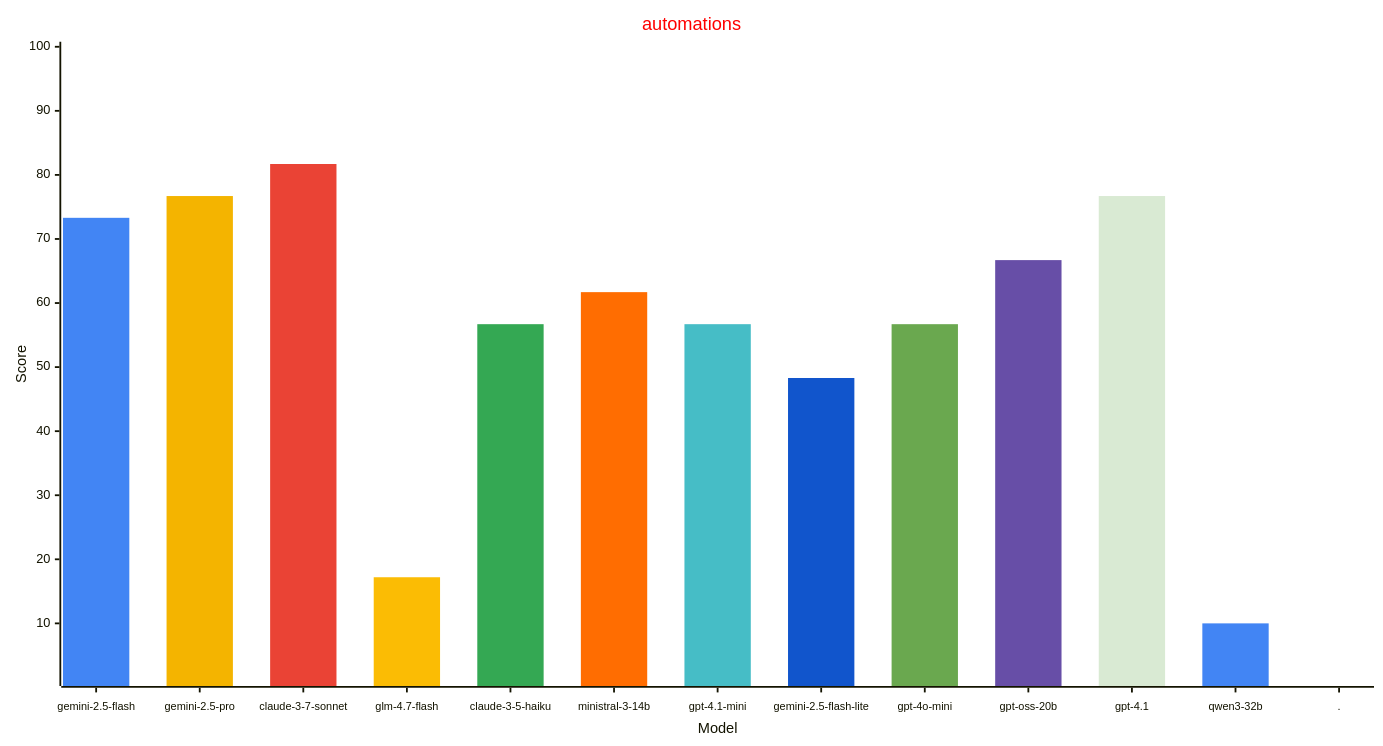
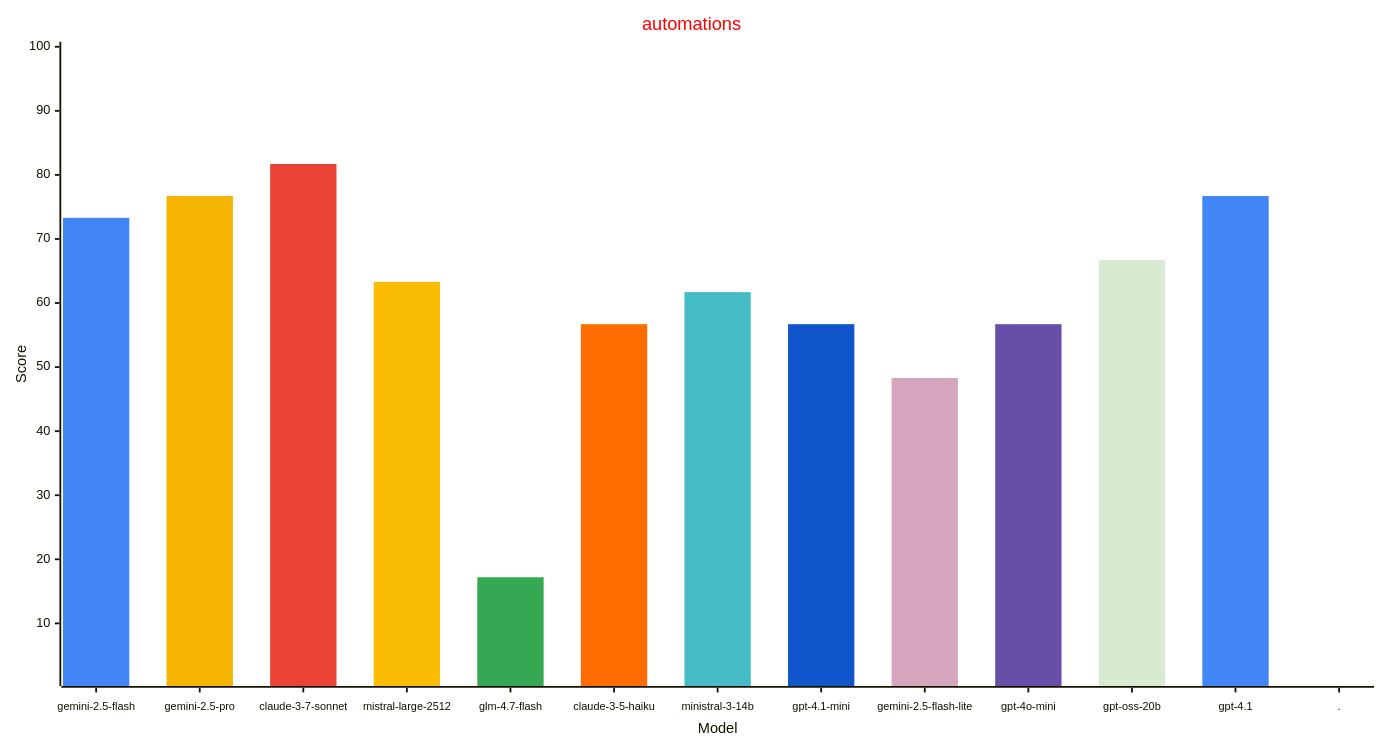
One commit to allenporter/home-assistant-datasets changed the fourth of 4 diagrams in reports/README.md. Above: the diagram before and after it, drawn with Mermaid. The commit also changed other lines of this file and 1087 other files, not shown here.

Commit message:
Benchmark: mistralai/mistral-large-2512 (OpenRouter)

````diff
--- a/reports/README.md
+++ b/reports/README.md
@@ -214,33 +215,33 @@
 ```mermaid
 ---
 config:
     xyChart:
         width: 1500
         height: 800
         xAxis:
           labelFontSize: 12
           labelPadding: 8
     themeVariables:
         xyChart:
             titleColor: "#ff0000"
-            plotColorPalette: "#4285f4, #f4b400, #ea4335, #fbbc04, #34a853, #ff6d01, #46bdc6, #1155cc, #6aa84f, #674ea7, #d9ead3, #4285f4, #4285f4"
+            plotColorPalette: "#4285f4, #f4b400, #ea4335, #fbbc04, #34a853, #ff6d01, #46bdc6, #1155cc, #d5a6bd, #674ea7, #d9ead3, #4285f4, #4285f4"
 
 ---
 xychart-beta
   title "automations"
-  x-axis "Model" [gemini-2.5-flash, gemini-2.5-pro, claude-3-7-sonnet, glm-4.7-flash, claude-3-5-haiku, ministral-3-14b, gpt-4.1-mini, gemini-2.5-flash-lite, gpt-4o-mini, gpt-oss-20b, gpt-4.1, qwen3-32b, .]
+  x-axis "Model" [gemini-2.5-flash, gemini-2.5-pro, claude-3-7-sonnet, mistral-large-2512, glm-4.7-flash, claude-3-5-haiku, ministral-3-14b, gpt-4.1-mini, gemini-2.5-flash-lite, gpt-4o-mini, gpt-oss-20b, gpt-4.1, .]
   y-axis "Score" 1 --> 100
   bar [73.3, 0.0, 0.0, 0.0, 0.0, 0.0, 0.0, 0.0, 0.0, 0.0, 0.0, 0.0, 0.0]
   bar [0.0, 76.7, 0.0, 0.0, 0.0, 0.0, 0.0, 0.0, 0.0, 0.0, 0.0, 0.0, 0.0]
   bar [0.0, 0.0, 81.7, 0.0, 0.0, 0.0, 0.0, 0.0, 0.0, 0.0, 0.0, 0.0, 0.0]
-  bar [0.0, 0.0, 0.0, 17.2, 0.0, 0.0, 0.0, 0.0, 0.0, 0.0, 0.0, 0.0, 0.0]
-  bar [0.0, 0.0, 0.0, 0.0, 56.7, 0.0, 0.0, 0.0, 0.0, 0.0, 0.0, 0.0, 0.0]
-  bar [0.0, 0.0, 0.0, 0.0, 0.0, 61.7, 0.0, 0.0, 0.0, 0.0, 0.0, 0.0, 0.0]
-  bar [0.0, 0.0, 0.0, 0.0, 0.0, 0.0, 56.7, 0.0, 0.0, 0.0, 0.0, 0.0, 0.0]
-  bar [0.0, 0.0, 0.0, 0.0, 0.0, 0.0, 0.0, 48.3, 0.0, 0.0, 0.0, 0.0, 0.0]
-  bar [0.0, 0.0, 0.0, 0.0, 0.0, 0.0, 0.0, 0.0, 56.7, 0.0, 0.0, 0.0, 0.0]
-  bar [0.0, 0.0, 0.0, 0.0, 0.0, 0.0, 0.0, 0.0, 0.0, 66.7, 0.0, 0.0, 0.0]
-  bar [0.0, 0.0, 0.0, 0.0, 0.0, 0.0, 0.0, 0.0, 0.0, 0.0, 76.7, 0.0, 0.0]
-  bar [0.0, 0.0, 0.0, 0.0, 0.0, 0.0, 0.0, 0.0, 0.0, 0.0, 0.0, 10.0, 0.0]
+  bar [0.0, 0.0, 0.0, 63.3, 0.0, 0.0, 0.0, 0.0, 0.0, 0.0, 0.0, 0.0, 0.0]
+  bar [0.0, 0.0, 0.0, 0.0, 17.2, 0.0, 0.0, 0.0, 0.0, 0.0, 0.0, 0.0, 0.0]
+  bar [0.0, 0.0, 0.0, 0.0, 0.0, 56.7, 0.0, 0.0, 0.0, 0.0, 0.0, 0.0, 0.0]
+  bar [0.0, 0.0, 0.0, 0.0, 0.0, 0.0, 61.7, 0.0, 0.0, 0.0, 0.0, 0.0, 0.0]
+  bar [0.0, 0.0, 0.0, 0.0, 0.0, 0.0, 0.0, 56.7, 0.0, 0.0, 0.0, 0.0, 0.0]
+  bar [0.0, 0.0, 0.0, 0.0, 0.0, 0.0, 0.0, 0.0, 48.3, 0.0, 0.0, 0.0, 0.0]
+  bar [0.0, 0.0, 0.0, 0.0, 0.0, 0.0, 0.0, 0.0, 0.0, 56.7, 0.0, 0.0, 0.0]
+  bar [0.0, 0.0, 0.0, 0.0, 0.0, 0.0, 0.0, 0.0, 0.0, 0.0, 66.7, 0.0, 0.0]
+  bar [0.0, 0.0, 0.0, 0.0, 0.0, 0.0, 0.0, 0.0, 0.0, 0.0, 0.0, 76.7, 0.0]
   bar [0.0, 0.0, 0.0, 0.0, 0.0, 0.0, 0.0, 0.0, 0.0, 0.0, 0.0, 0.0, -1.0]
 ```
````
